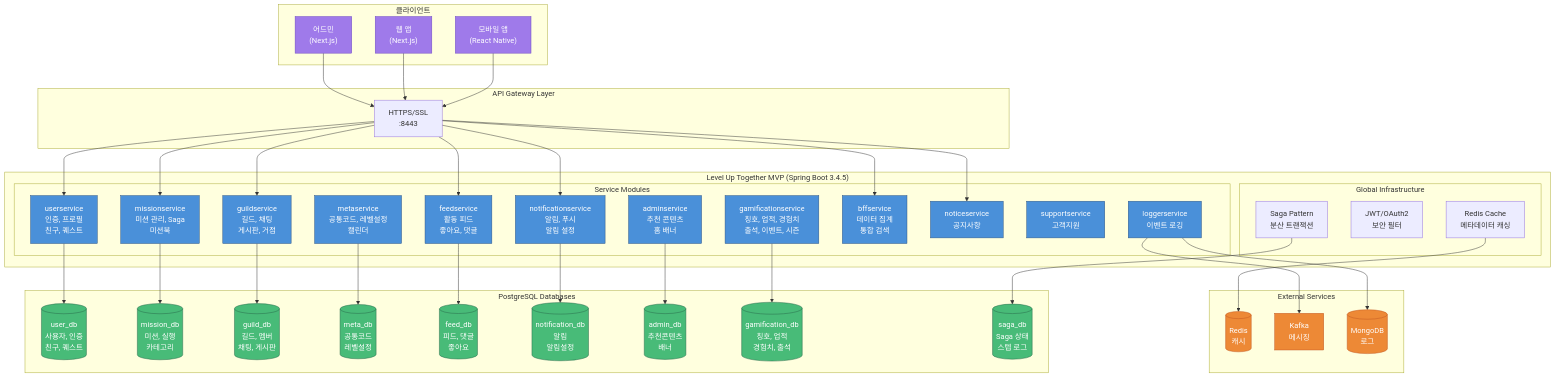
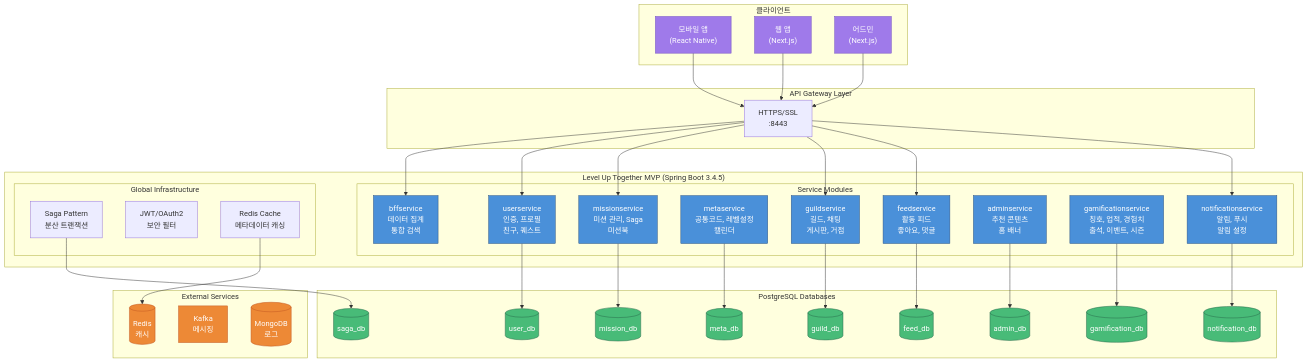
One commit to Level-Up-Together/level-up-together-mvp changed the first of 4 diagrams in README.md. Above: the diagram before and after it, drawn with Mermaid. The commit also changed other lines of this file and 3 other files, not shown here.

```diff
--- a/README.md
+++ b/README.md
@@ -50,9 +52,6 @@
             ADMIN_SVC["adminservice<br/>추천 콘텐츠<br/>홈 배너"]
             GAMIF["gamificationservice<br/>칭호, 업적, 경험치<br/>출석, 이벤트, 시즌"]
             BFF["bffservice<br/>데이터 집계<br/>통합 검색"]
-            NOTICE["noticeservice<br/>공지사항"]
-            SUPPORT["supportservice<br/>고객지원"]
-            LOGGER["loggerservice<br/>이벤트 로깅"]
         end
 
         subgraph Global["Global Infrastructure"]
@@ -63,15 +62,15 @@
     end
 
     subgraph Databases["PostgreSQL Databases"]
-        USER_DB[("user_db<br/>사용자, 인증<br/>친구, 퀘스트")]
-        MISSION_DB[("mission_db<br/>미션, 실행<br/>카테고리")]
-        GUILD_DB[("guild_db<br/>길드, 멤버<br/>채팅, 게시판")]
-        META_DB[("meta_db<br/>공통코드<br/>레벨설정")]
-        FEED_DB[("feed_db<br/>피드, 댓글<br/>좋아요")]
-        NOTIF_DB[("notification_db<br/>알림<br/>알림설정")]
-        ADMIN_DB[("admin_db<br/>추천콘텐츠<br/>배너")]
-        GAMIF_DB[("gamification_db<br/>칭호, 업적<br/>경험치, 출석")]
-        SAGA_DB[("saga_db<br/>Saga 상태<br/>스텝 로그")]
+        USER_DB[("user_db")]
+        MISSION_DB[("mission_db")]
+        GUILD_DB[("guild_db")]
+        META_DB[("meta_db")]
+        FEED_DB[("feed_db")]
+        NOTIF_DB[("notification_db")]
+        ADMIN_DB[("admin_db")]
+        GAMIF_DB[("gamification_db")]
+        SAGA_DB[("saga_db")]
     end
 
     subgraph External["External Services"]
@@ -90,7 +89,6 @@
     SSL --> GUILD
     SSL --> FEED
     SSL --> NOTIF
-    SSL --> NOTICE
 
     USER --> USER_DB
     MISSION --> MISSION_DB
@@ -102,8 +100,6 @@
     GAMIF --> GAMIF_DB
     SAGA --> SAGA_DB
 
-    LOGGER --> MONGO
-    LOGGER --> KAFKA
     CACHE --> REDIS
 
     classDef service fill:#4a90d9,stroke:#2c5282,color:#fff
@@ -111,7 +107,7 @@
     classDef external fill:#ed8936,stroke:#c05621,color:#fff
     classDef client fill:#9f7aea,stroke:#6b46c1,color:#fff
 
-    class USER,MISSION,GUILD,META,FEED,NOTIF,ADMIN_SVC,GAMIF,BFF,NOTICE,SUPPORT,LOGGER service
+    class USER,MISSION,GUILD,META,FEED,NOTIF,ADMIN_SVC,GAMIF,BFF service
     class USER_DB,MISSION_DB,GUILD_DB,META_DB,FEED_DB,NOTIF_DB,ADMIN_DB,GAMIF_DB,SAGA_DB db
     class REDIS,KAFKA,MONGO external
     class APP,WEB,ADMIN client
```
